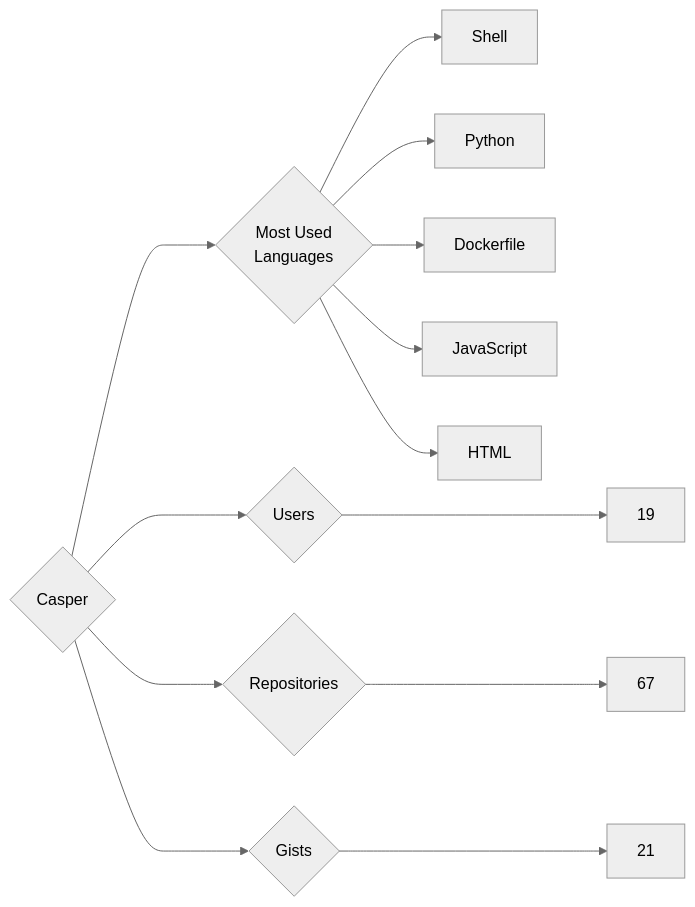
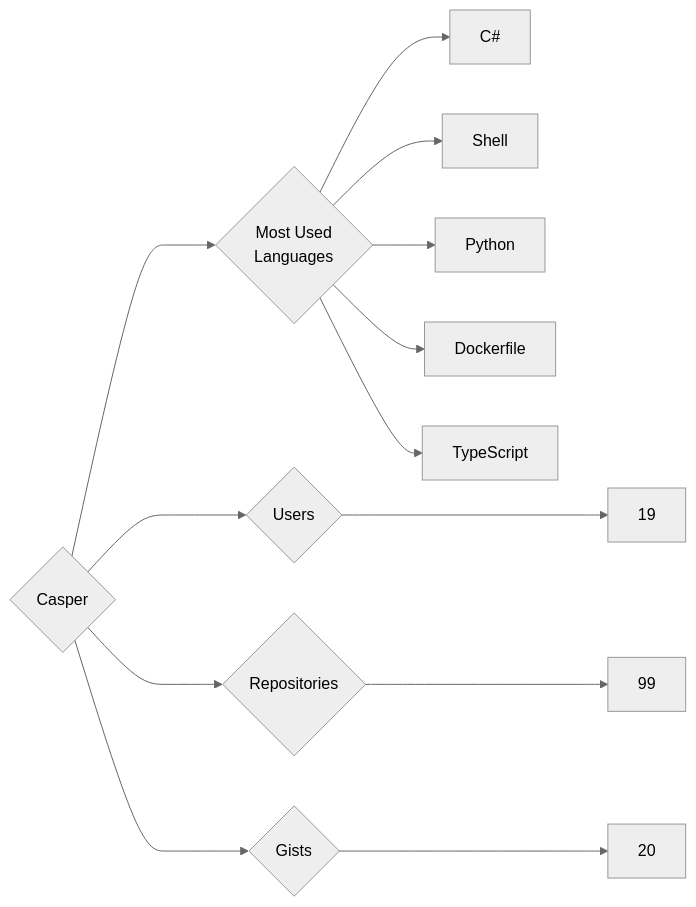
The diagram in targets/Casper/README.md (trickest/insiders), drawn with Mermaid (neutral theme) before and after one commit. The commit also changed 925 other files, not shown here.

````diff
--- a/targets/Casper/README.md
+++ b/targets/Casper/README.md
@@ -3,13 +3,13 @@
 ```mermaid
 graph LR
 COMPANY_NAME{Casper}
 COMPANY_NAME ---> U{Users} ---> UN[19]
-COMPANY_NAME ---> R{Repositories} ---> RN[67]
-COMPANY_NAME ---> G{Gists} ---> GN[21]
+COMPANY_NAME ---> R{Repositories} ---> RN[99]
+COMPANY_NAME ---> G{Gists} ---> GN[20]
 COMPANY_NAME ---> ML{Most Used<br>Languages}
+ML --> C#[C#]
 ML --> Shell[Shell]
 ML --> Python[Python]
 ML --> Dockerfile[Dockerfile]
-ML --> JavaScript[JavaScript]
-ML --> HTML[HTML]
+ML --> TypeScript[TypeScript]
 ```
````
